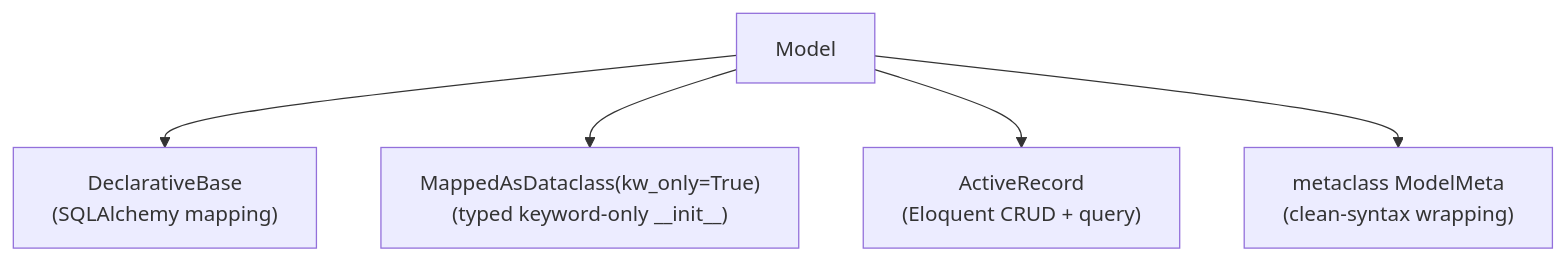
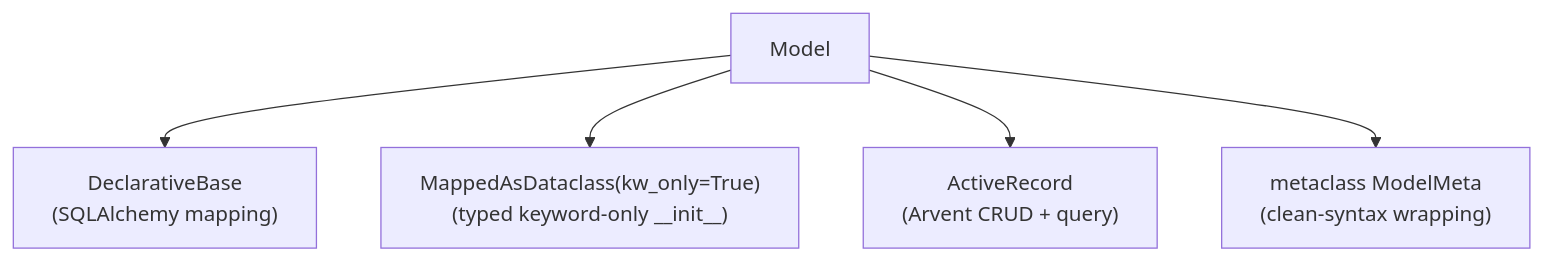
The first of 2 diagrams in docs/orm/model-internals.md (mohamed-rekiba/arvel), drawn with Mermaid before and after one commit. The commit also changed other lines of this file and 39 other files, not shown here.

Commit message:
refactor(arvent): rename Eloquent → Arvent

````diff
--- a/docs/orm/model-internals.md
+++ b/docs/orm/model-internals.md
@@ -19,7 +19,7 @@
 ```mermaid
 flowchart TB
     Model["Model"] --> DB["DeclarativeBase<br/>(SQLAlchemy mapping)"]
     Model --> MAD["MappedAsDataclass(kw_only=True)<br/>(typed keyword-only __init__)"]
-    Model --> AR["ActiveRecord<br/>(Eloquent CRUD + query)"]
+    Model --> AR["ActiveRecord<br/>(Arvent CRUD + query)"]
     Model --> MM["metaclass ModelMeta<br/>(clean-syntax wrapping)"]
 ```
````
